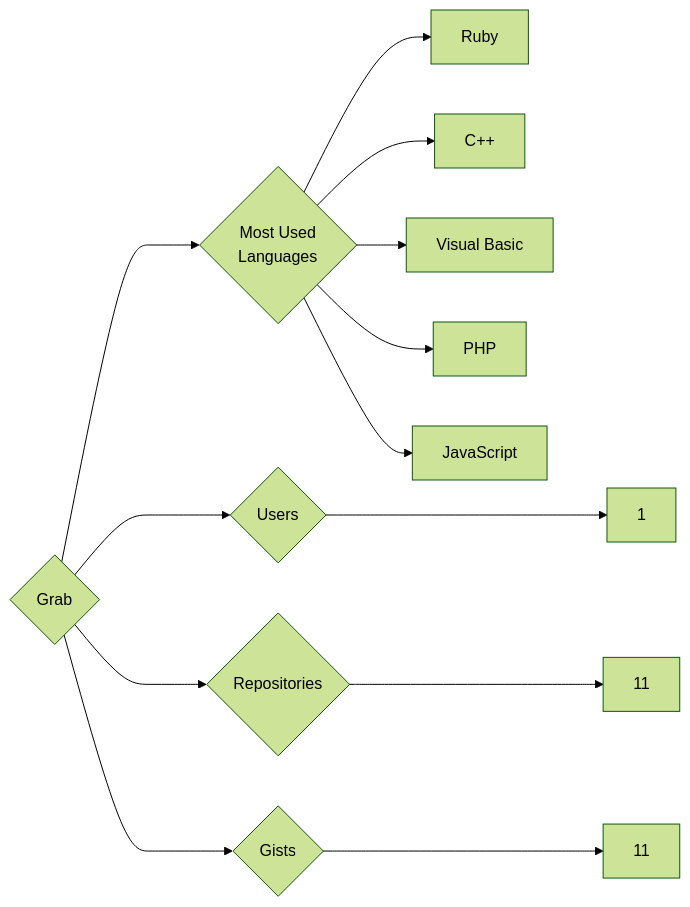
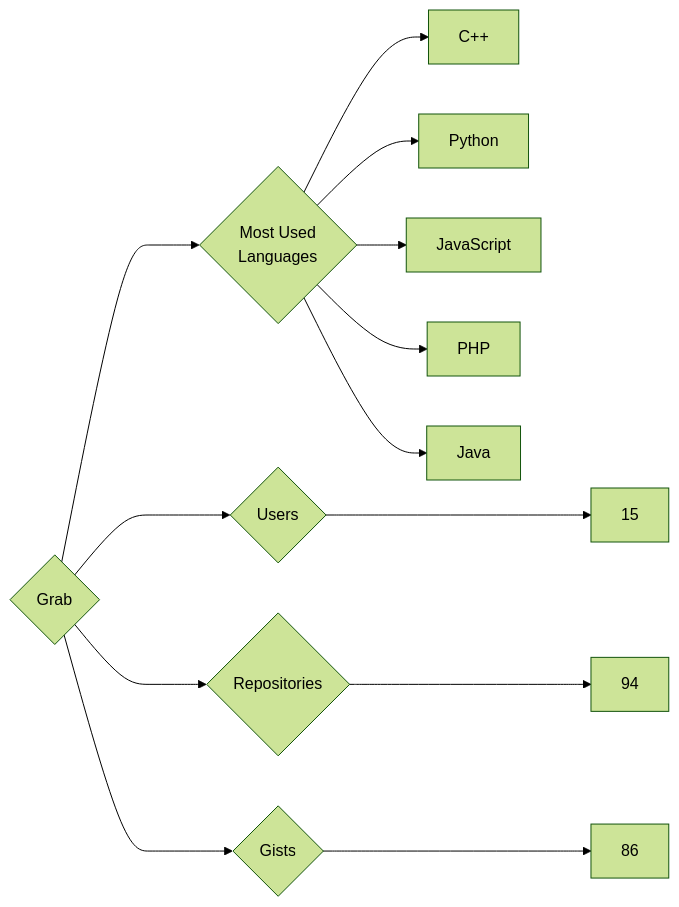
One commit to trickest/insiders changed the diagram in targets/Grab/README.md. Above: the diagram before and after it, drawn with Mermaid (forest theme). The commit also changed 882 other files, not shown here.

````diff
--- a/targets/Grab/README.md
+++ b/targets/Grab/README.md
@@ -3,13 +3,13 @@
 ```mermaid
 graph LR
 COMPANY_NAME{Grab}
-COMPANY_NAME ---> U{Users} ---> UN[1]
-COMPANY_NAME ---> R{Repositories} ---> RN[11]
-COMPANY_NAME ---> G{Gists} ---> GN[11]
+COMPANY_NAME ---> U{Users} ---> UN[15]
+COMPANY_NAME ---> R{Repositories} ---> RN[94]
+COMPANY_NAME ---> G{Gists} ---> GN[86]
 COMPANY_NAME ---> ML{Most Used<br>Languages}
-ML --> Ruby[Ruby]
 ML --> C++[C++]
-ML --> Visual_Basic[Visual Basic]
+ML --> Python[Python]
+ML --> JavaScript[JavaScript]
 ML --> PHP[PHP]
-ML --> JavaScript[JavaScript]
+ML --> Java[Java]
 ```
````
